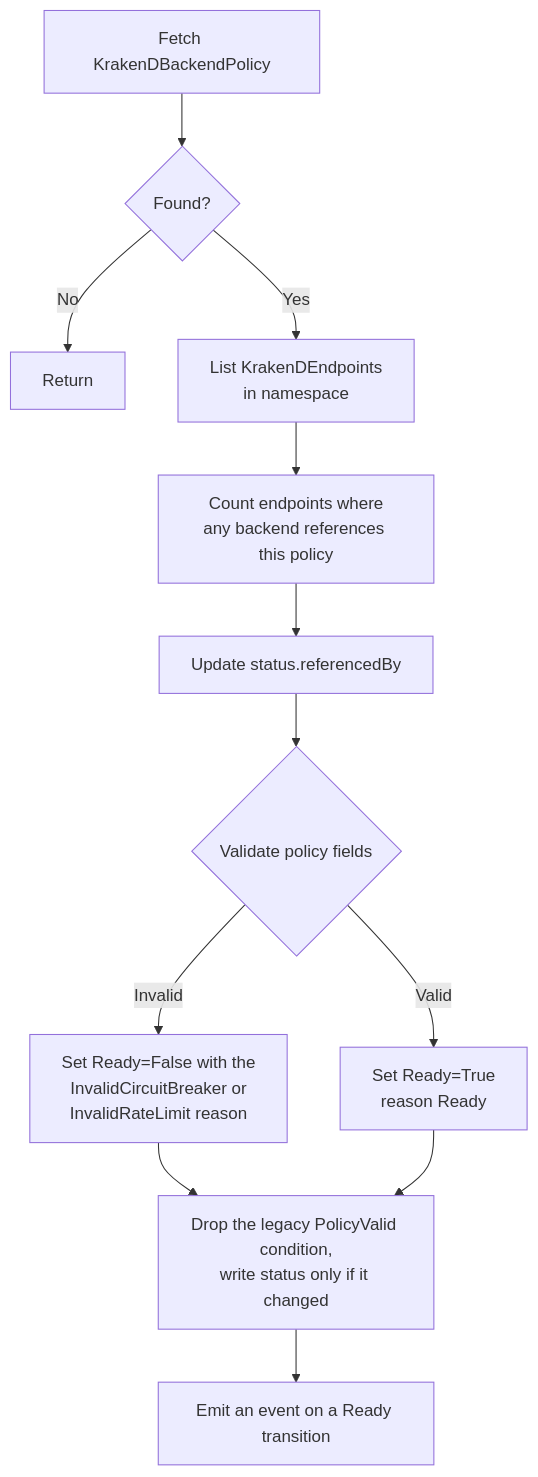
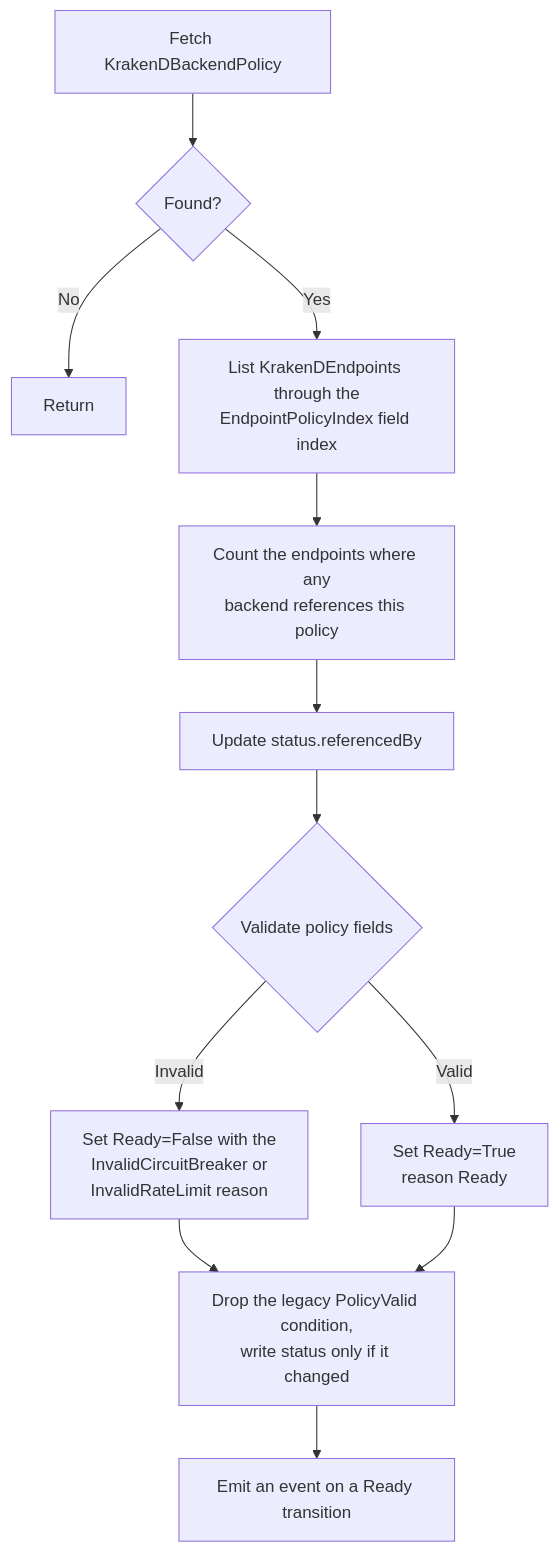
Before and after one commit to MyCarrier-DevOps/KrakenD-Operator: the fifth of 10 diagrams in architecture/application/application-architecture.md, drawn with Mermaid. The commit also changed other lines of this file, not shown here.

First line of the commit message:
docs(architecture): describe the two-stage gateway controller in app doc

````diff
--- a/architecture/application/application-architecture.md
+++ b/architecture/application/application-architecture.md
@@ -1163,14 +1204,14 @@
 ```mermaid
 flowchart TD
     A[Fetch KrakenDBackendPolicy] --> B{Found?}
     B -->|No| Z[Return]
-    B -->|Yes| C[List KrakenDEndpoints<br/>in namespace]
-    C --> D[Count endpoints where<br/>any backend references this policy]
+    B -->|Yes| C[List KrakenDEndpoints through the<br/>EndpointPolicyIndex field index]
+    C --> D[Count the endpoints where any<br/>backend references this policy]
     D --> E[Update status.referencedBy]
     E --> F{Validate policy fields}
     F -->|Invalid| G[Set Ready=False with the<br/>InvalidCircuitBreaker or<br/>InvalidRateLimit reason]
     F -->|Valid| H[Set Ready=True<br/>reason Ready]
     G --> J[Drop the legacy PolicyValid condition,<br/>write status only if it changed]
     H --> J
     J --> K[Emit an event on a Ready transition]
 ```
````
